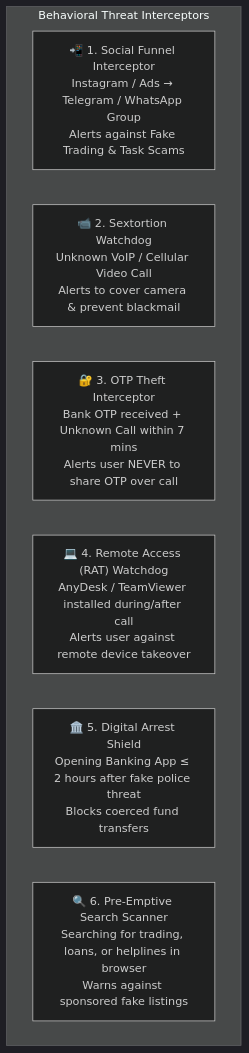
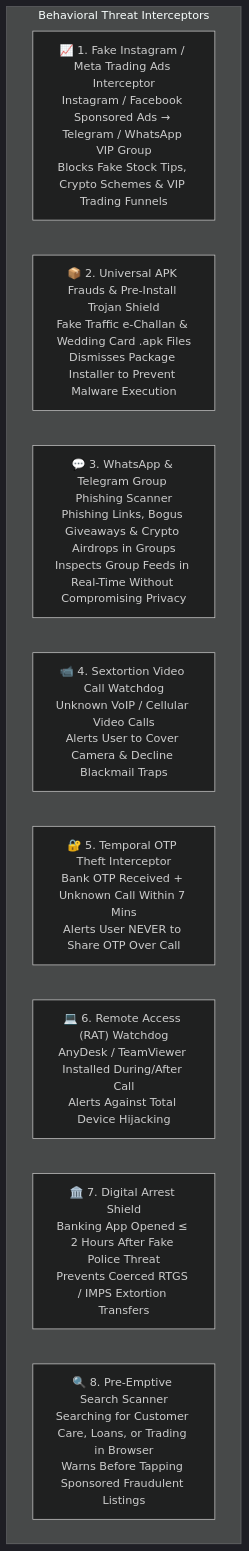
The second of 2 diagrams in README.md (parv55555/EdgeGuard-AI), drawn with Mermaid (dark theme) before and after one commit. The commit also changed other lines of this file and 1 other file, not shown here.

Commit message:
Docs: Update architecture flowcharts and specifications with Meta trading ads, APK frauds, and group phishing

````diff
--- a/README.md
+++ b/README.md
@@ -99,11 +102,13 @@
 ```mermaid
 graph TD
     subgraph Behavioral Threat Interceptors
-        T1["📲 1. Social Funnel Interceptor<br/>Instagram / Ads &rarr; Telegram / WhatsApp Group<br/>Alerts against Fake Trading & Task Scams"]
-        T2["📹 2. Sextortion Watchdog<br/>Unknown VoIP / Cellular Video Call<br/>Alerts to cover camera & prevent blackmail"]
-        T3["🔐 3. OTP Theft Interceptor<br/>Bank OTP received + Unknown Call within 7 mins<br/>Alerts user NEVER to share OTP over call"]
-        T4["💻 4. Remote Access (RAT) Watchdog<br/>AnyDesk / TeamViewer installed during/after call<br/>Alerts user against remote device takeover"]
-        T5["🏛️ 5. Digital Arrest Shield<br/>Opening Banking App &le; 2 hours after fake police threat<br/>Blocks coerced fund transfers"]
-        T6["🔍 6. Pre-Emptive Search Scanner<br/>Searching for trading, loans, or helplines in browser<br/>Warns against sponsored fake listings"]
+        T1["📈 1. Fake Instagram / Meta Trading Ads Interceptor<br/>Instagram / Facebook Sponsored Ads &rarr; Telegram / WhatsApp VIP Group<br/>Blocks Fake Stock Tips, Crypto Schemes & VIP Trading Funnels"]
+        T2["📦 2. Universal APK Frauds & Pre-Install Trojan Shield<br/>Fake Traffic e-Challan & Wedding Card .apk Files<br/>Dismisses Package Installer to Prevent Malware Execution"]
+        T3["💬 3. WhatsApp & Telegram Group Phishing Scanner<br/>Phishing Links, Bogus Giveaways & Crypto Airdrops in Groups<br/>Inspects Group Feeds in Real-Time Without Compromising Privacy"]
+        T4["📹 4. Sextortion Video Call Watchdog<br/>Unknown VoIP / Cellular Video Calls<br/>Alerts User to Cover Camera & Decline Blackmail Traps"]
+        T5["🔐 5. Temporal OTP Theft Interceptor<br/>Bank OTP Received + Unknown Call Within 7 Mins<br/>Alerts User NEVER to Share OTP Over Call"]
+        T6["💻 6. Remote Access (RAT) Watchdog<br/>AnyDesk / TeamViewer Installed During/After Call<br/>Alerts Against Total Device Hijacking"]
+        T7["🏛️ 7. Digital Arrest Shield<br/>Banking App Opened &le; 2 Hours After Fake Police Threat<br/>Prevents Coerced RTGS / IMPS Extortion Transfers"]
+        T8["🔍 8. Pre-Emptive Search Scanner<br/>Searching for Customer Care, Loans, or Trading in Browser<br/>Warns Before Tapping Sponsored Fraudulent Listings"]
     end
 ```
````
